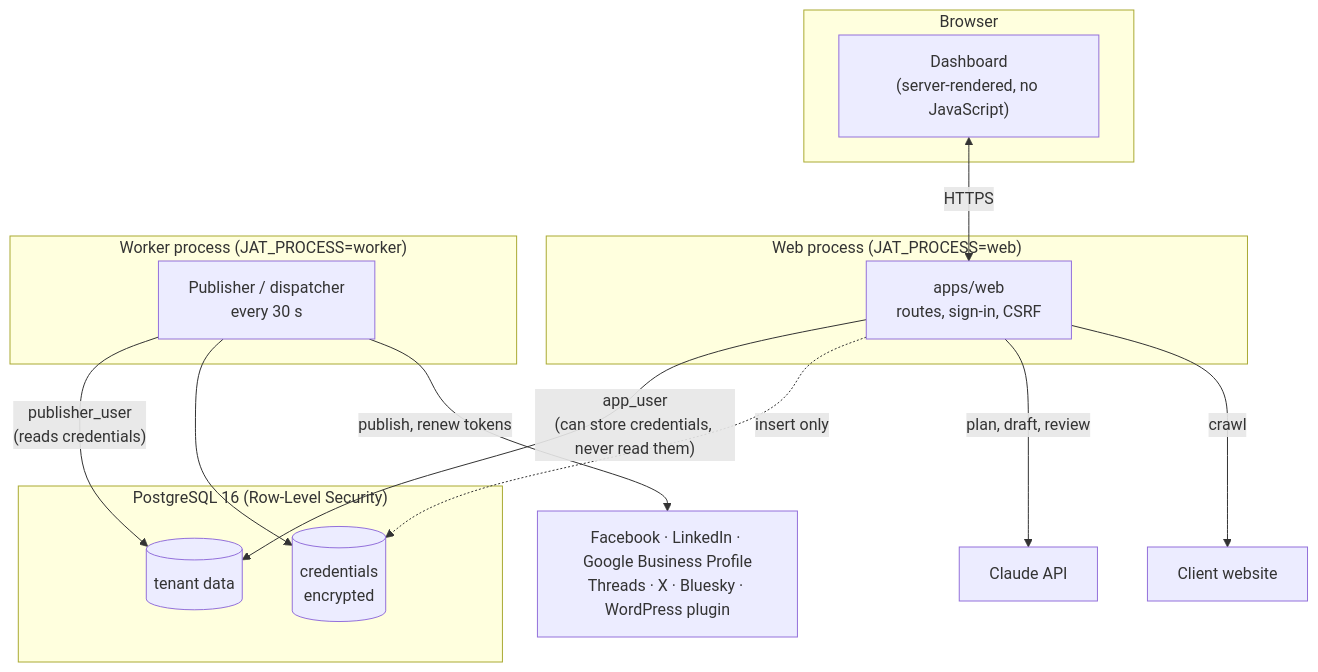
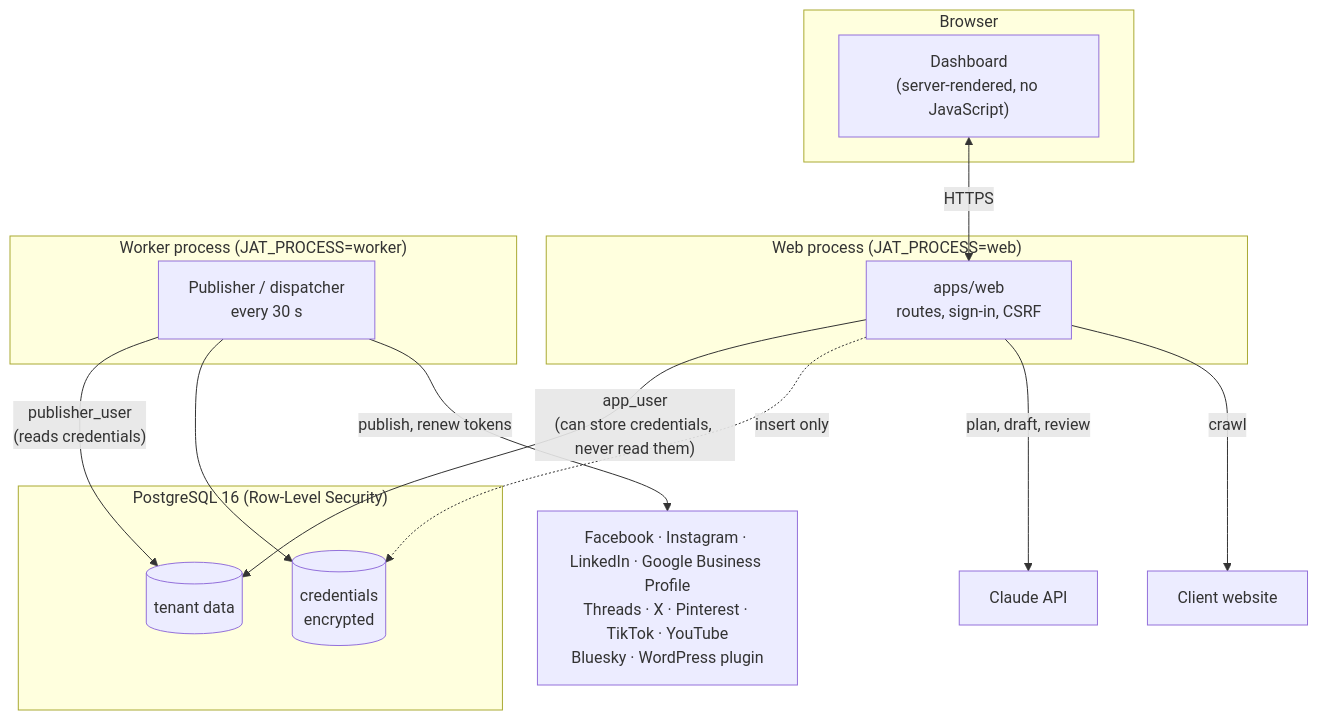
Before and after one commit to CptNope/Social-Media-Automation: the second of 5 diagrams in README.md, drawn with Mermaid. The commit also changed other lines of this file and 54 other files, not shown here.

````diff
--- a/README.md
+++ b/README.md
@@ -68,24 +68,24 @@
 ```mermaid
 flowchart TB
     subgraph Browser
         U["Dashboard<br/>(server-rendered, no JavaScript)"]
     end
     subgraph web["Web process (JAT_PROCESS=web)"]
         W["apps/web<br/>routes, sign-in, CSRF"]
     end
     subgraph worker["Worker process (JAT_PROCESS=worker)"]
         P["Publisher / dispatcher<br/>every 30 s"]
     end
     subgraph pg["PostgreSQL 16 (Row-Level Security)"]
         DB[("tenant data")]
         CR[("credentials<br/>encrypted")]
     end
     U <-->|HTTPS| W
     W -->|"app_user<br/>(can store credentials, never read them)"| DB
     W -.->|insert only| CR
     P -->|"publisher_user<br/>(reads credentials)"| DB
     P --> CR
     W -->|plan, draft, review| AI["Claude API"]
     W -->|crawl| SITE["Client website"]
-    P -->|"publish, renew tokens"| PLAT["Facebook · LinkedIn · Google Business Profile<br/>Threads · X · Bluesky · WordPress plugin"]
+    P -->|"publish, renew tokens"| PLAT["Facebook · Instagram · LinkedIn · Google Business Profile<br/>Threads · X · Pinterest · TikTok · YouTube<br/>Bluesky · WordPress plugin"]
 ```
````
